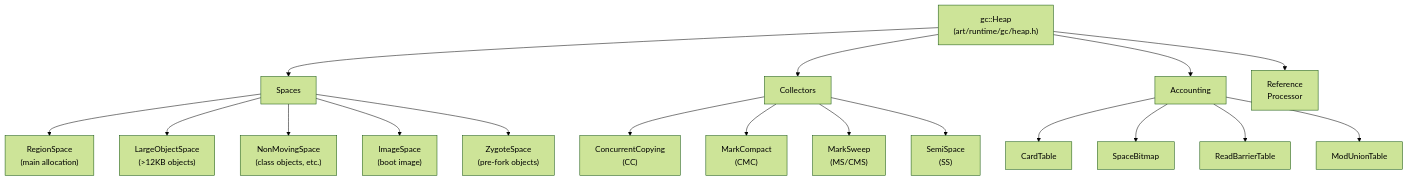
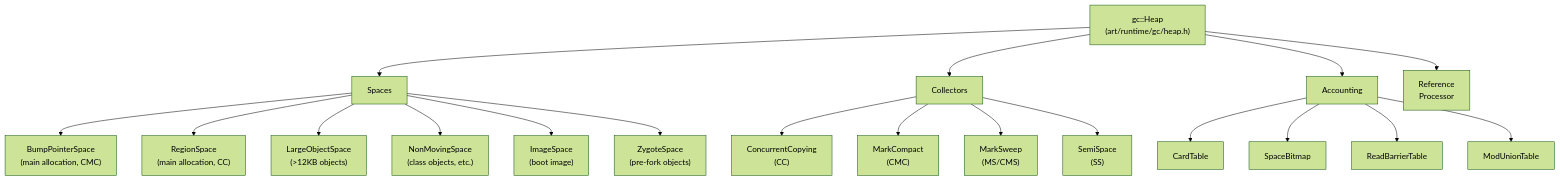
Before and after one commit to aospbooks/aosp-internal-book: diagram 13 of 28 in 18-art-runtime.md, drawn with Mermaid (forest theme). The commit also changed other lines of this file and 218 other files, not shown here.

````diff
--- a/18-art-runtime.md
+++ b/18-art-runtime.md
@@ -2250,23 +2278,24 @@
 ```mermaid
 flowchart TD
     A["gc::Heap\n(art/runtime/gc/heap.h)"] --> B["Spaces"]
     A --> C["Collectors"]
     A --> D["Accounting"]
     A --> E["Reference\nProcessor"]
 
-    B --> B1["RegionSpace\n(main allocation)"]
-    B --> B2["LargeObjectSpace\n(>12KB objects)"]
-    B --> B3["NonMovingSpace\n(class objects, etc.)"]
-    B --> B4["ImageSpace\n(boot image)"]
-    B --> B5["ZygoteSpace\n(pre-fork objects)"]
+    B --> B1["BumpPointerSpace\n(main allocation, CMC)"]
+    B --> B2["RegionSpace\n(main allocation, CC)"]
+    B --> B3["LargeObjectSpace\n(>12KB objects)"]
+    B --> B4["NonMovingSpace\n(class objects, etc.)"]
+    B --> B5["ImageSpace\n(boot image)"]
+    B --> B6["ZygoteSpace\n(pre-fork objects)"]
 
     C --> C1["ConcurrentCopying\n(CC)"]
     C --> C2["MarkCompact\n(CMC)"]
     C --> C3["MarkSweep\n(MS/CMS)"]
     C --> C4["SemiSpace\n(SS)"]
 
     D --> D1["CardTable"]
     D --> D2["SpaceBitmap"]
     D --> D3["ReadBarrierTable"]
     D --> D4["ModUnionTable"]
 ```
````
